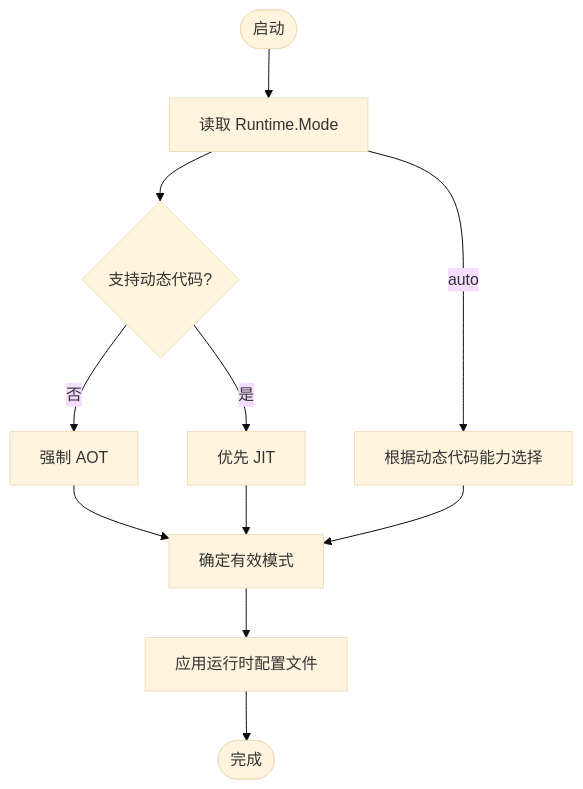
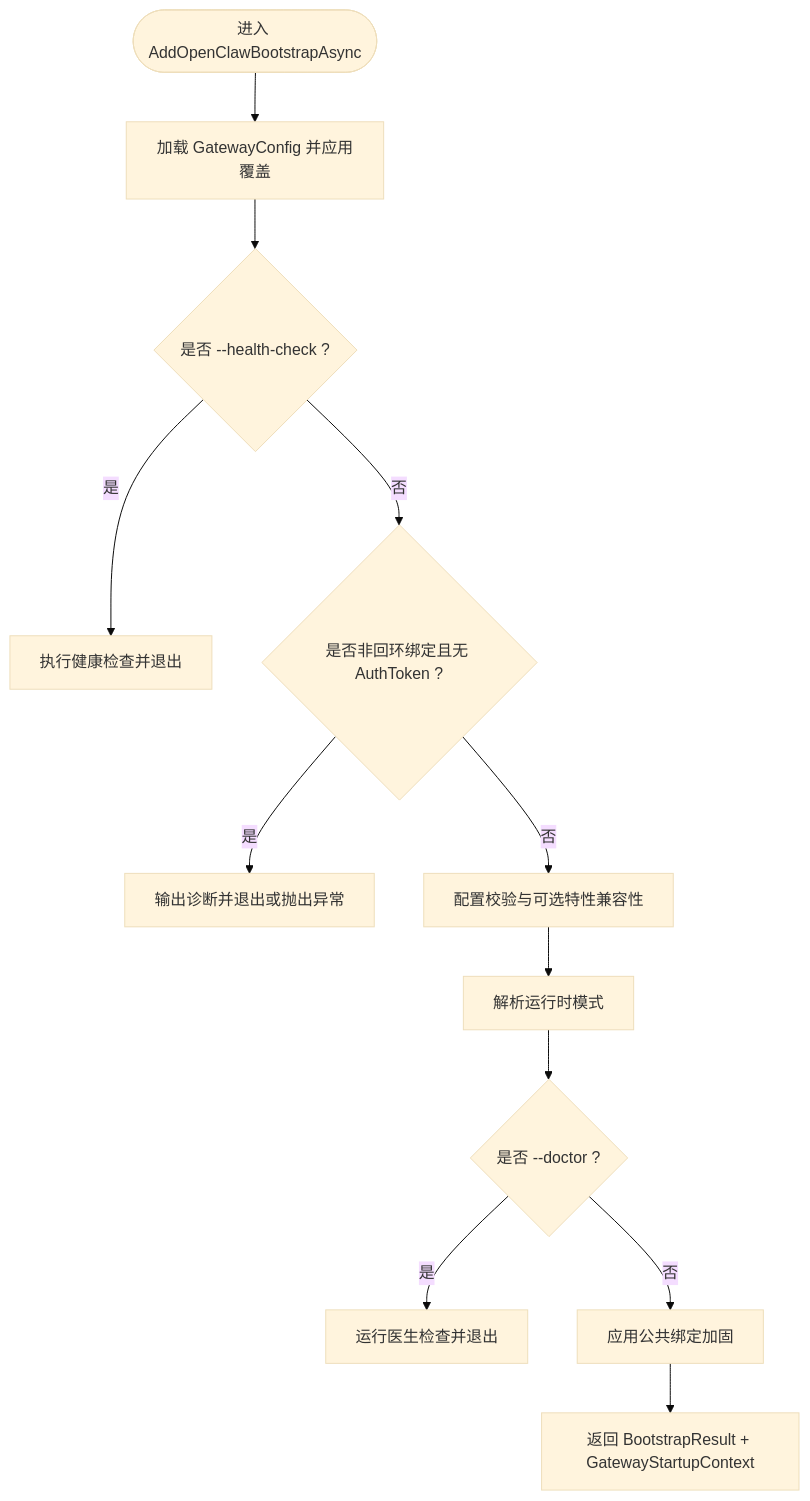
The third of 8 diagrams in .qoder/repowiki/zh/content/架构设计/架构设计.md (wayyet/kingcrab), drawn with Mermaid (base theme) before and after one commit. The commit also changed other lines of this file and 173 other files, not shown here.

````diff
--- a/.qoder/repowiki/zh/content/架构设计/架构设计.md
+++ b/.qoder/repowiki/zh/content/架构设计/架构设计.md
@@ -167,13 +166,14 @@
 ```mermaid
 flowchart TD
-Start(["启动"]) --> ReadCfg["读取 Runtime.Mode"]
-ReadCfg --> CheckDyn{"支持动态代码?"}
-CheckDyn --> |否| ModeAot["强制 AOT"]
-CheckDyn --> |是| ModeJit["优先 JIT"]
-ReadCfg --> |auto| ModeAuto["根据动态代码能力选择"]
-ModeAot --> Effective["确定有效模式"]
-ModeJit --> Effective
-ModeAuto --> Effective
-Effective --> ApplyProfile["应用运行时配置文件"]
-ApplyProfile --> End(["完成"])
+Start(["进入 AddOpenClawBootstrapAsync"]) --> LoadCfg["加载 GatewayConfig 并应用覆盖"]
+LoadCfg --> CheckHC{"是否 --health-check ?"}
+CheckHC --> |是| HC["执行健康检查并退出"]
+CheckHC --> |否| CheckBind{"是否非回环绑定且无 AuthToken ?"}
+CheckBind --> |是| ExitErr["输出诊断并退出或抛出异常"]
+CheckBind --> |否| Validate["配置校验与可选特性兼容性"]
+Validate --> Mode["解析运行时模式"]
+Mode --> Doctor{"是否 --doctor ?"}
+Doctor --> |是| DocOk["运行医生检查并退出"]
+Doctor --> |否| Harden["应用公共绑定加固"]
+Harden --> Return["返回 BootstrapResult + GatewayStartupContext"]
 ```
````
